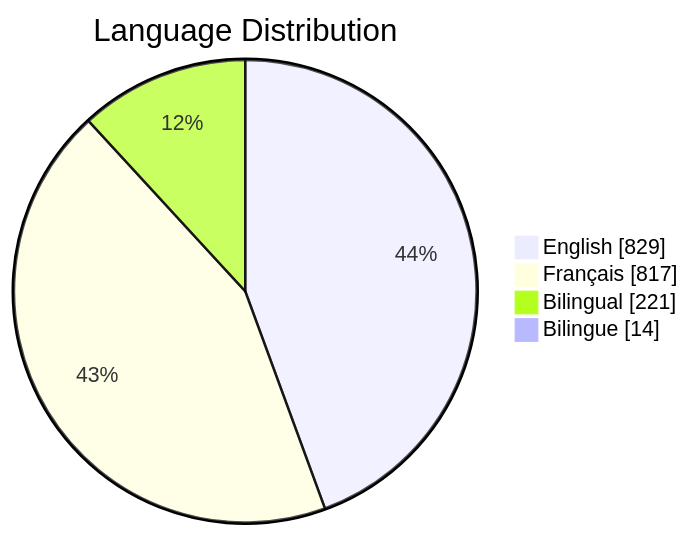
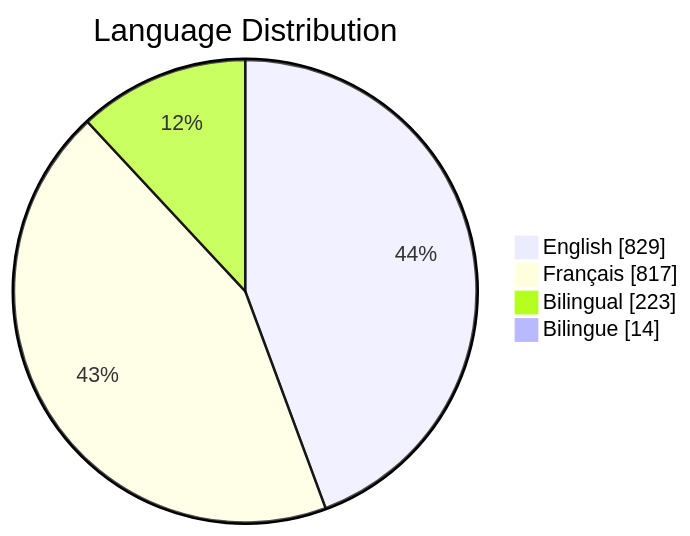
The third of 6 diagrams in README.md (PatLittle/GC-Socials), drawn with Mermaid before and after one commit. The commit also changed other lines of this file, not shown here.

Commit message:
Update README with Platform Distribution pie chart

````diff
--- a/README.md
+++ b/README.md
@@ -65,7 +65,7 @@
 ```mermaid
 pie showData title Language Distribution
     "English": 829
     "Français": 817
-    "Bilingual": 221
+    "Bilingual": 223
     "Bilingue": 14
 ```
````
